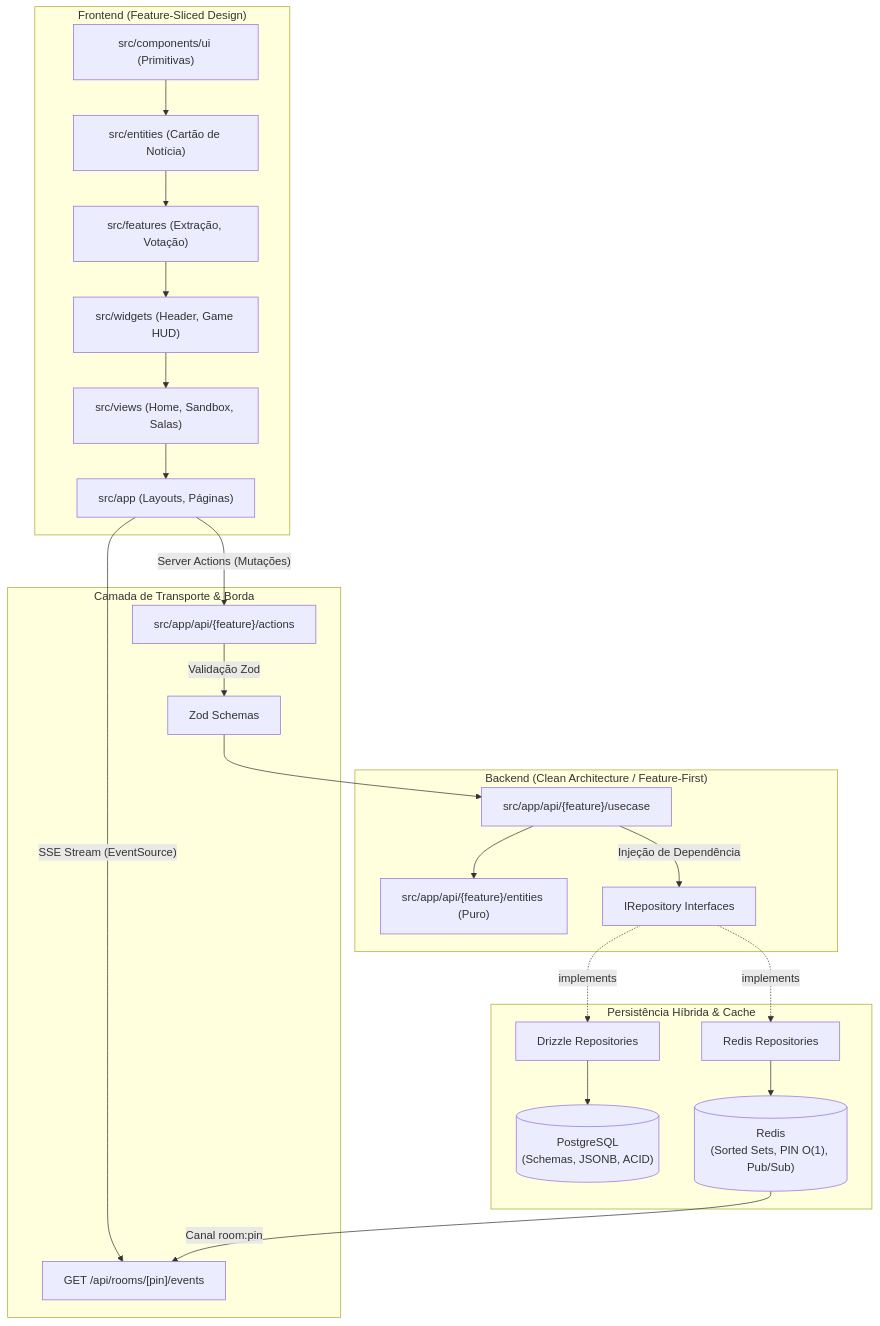
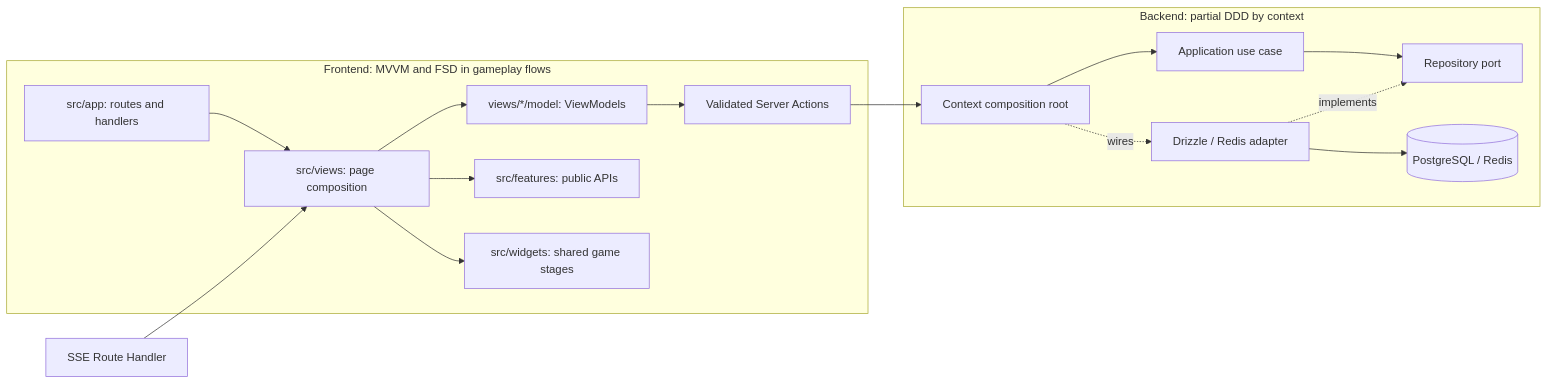
Before and after one commit to LucasSilvaC/olimpo-fake-news-ai: the diagram in README.md, drawn with Mermaid. The commit also changed other lines of this file and 97 other files, not shown here.

````diff
--- a/README.md
+++ b/README.md
@@ -66,30 +66,21 @@
 ```mermaid
-flowchart TD
-    subgraph Frontend["Frontend (Feature-Sliced Design)"]
-        UI["src/components/ui (Primitivas)"] --> Entities["src/entities (Cartão de Notícia)"]
-        Entities --> Features["src/features (Extração, Votação)"]
-        Features --> Widgets["src/widgets (Header, Game HUD)"]
-        Widgets --> Views["src/views (Home, Sandbox, Salas)"]
-        Views --> AppRouter["src/app (Layouts, Páginas)"]
-    end
+flowchart LR
+  subgraph Frontend["Frontend: MVVM and FSD in gameplay flows"]
+    Route["src/app: routes and handlers"] --> View["src/views: page composition"]
+    View --> VM["views/*/model: ViewModels"]
+    View --> Feature["src/features: public APIs"]
+    View --> Widget["src/widgets: shared game stages"]
+    VM --> Action["Validated Server Actions"]
+  end
 
-    subgraph Transport["Camada de Transporte & Borda"]
-        AppRouter -- "Server Actions (Mutações)" --> Actions["src/app/api/{feature}/actions"]
-        Actions -- "Validação Zod" --> Zod["Zod Schemas"]
-        AppRouter -- "SSE Stream (EventSource)" --> SSERoute["GET /api/rooms/[pin]/events"]
-    end
+  subgraph Backend["Backend: partial DDD by context"]
+    Action --> Root["Context composition root"]
+    Root --> UseCase["Application use case"]
+    UseCase --> Port["Repository port"]
+    Root -. wires .-> Adapter["Drizzle / Redis adapter"]
+    Adapter -. implements .-> Port
+    Adapter --> DB[("PostgreSQL / Redis")]
+  end
 
-    subgraph Backend["Backend (Clean Architecture / Feature-First)"]
-        Zod --> UseCases["src/app/api/{feature}/usecase"]
-        UseCases --> Domain["src/app/api/{feature}/entities (Puro)"]
-        UseCases -- "Injeção de Dependência" --> RepoInterfaces["IRepository Interfaces"]
-    end
-
-    subgraph Persistence["Persistência Híbrida & Cache"]
-        RepoInterfaces -.implements.-> DrizzleRepo["Drizzle Repositories"]
-        RepoInterfaces -.implements.-> RedisRepo["Redis Repositories"]
-        DrizzleRepo --> Postgres[("PostgreSQL\n(Schemas, JSONB, ACID)")]
-        RedisRepo --> Redis[("Redis\n(Sorted Sets, PIN O(1), Pub/Sub)")]
-        Redis -- "Canal room:pin" --> SSERoute
-    end
+  EventRoute["SSE Route Handler"] --> View
 ```
````
